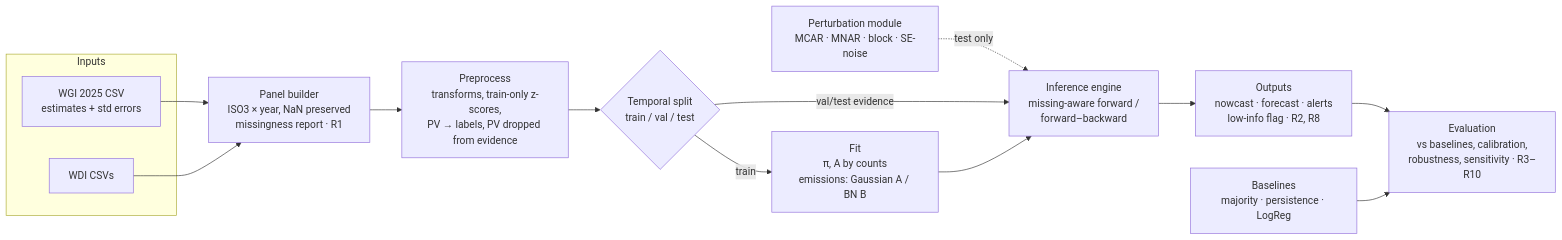
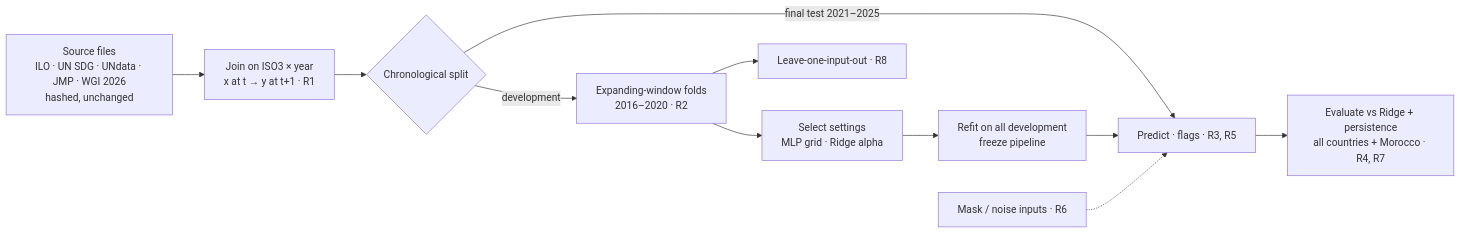
One commit to colin-railey/AI380_final_project changed the diagram in docs/01_IPR1_Proposal.md. Above: the diagram before and after it, drawn with Mermaid. The commit also changed other lines of this file, not shown here.

````diff
--- a/docs/01_IPR1_Proposal.md
+++ b/docs/01_IPR1_Proposal.md
@@ -191,18 +143,13 @@
 ```mermaid
 flowchart LR
-  subgraph Inputs
-    WGI[WGI 2025 CSV<br/>estimates + std errors]
-    WDI[WDI CSVs]
-  end
-  WGI --> P[Panel builder<br/>ISO3 × year, NaN preserved<br/>missingness report · R1]
-  WDI --> P
-  P --> PRE[Preprocess<br/>transforms, train-only z-scores,<br/>PV → labels, PV dropped from evidence]
-  PRE --> SPLIT{Temporal split<br/>train / val / test}
-  SPLIT -->|train| FIT[Fit<br/>π, A by counts<br/>emissions: Gaussian A / BN B]
-  PERT[Perturbation module<br/>MCAR · MNAR · block · SE-noise] -.->|test only| INF
-  SPLIT -->|val/test evidence| INF[Inference engine<br/>missing-aware forward /<br/>forward–backward]
-  FIT --> INF
-  INF --> OUT[Outputs<br/>nowcast · forecast · alerts<br/>low-info flag · R2, R8]
-  OUT --> EVAL[Evaluation<br/>vs baselines, calibration,<br/>robustness, sensitivity · R3–R10]
-  BASE[Baselines<br/>majority · persistence · LogReg] --> EVAL
+  S[Source files<br/>ILO · UN SDG · UNdata · JMP · WGI 2026<br/>hashed, unchanged] --> J[Join on ISO3 × year<br/>x at t → y at t+1 · R1]
+  J --> SP{Chronological split}
+  SP -->|development| CV[Expanding-window folds<br/>2016–2020 · R2]
+  CV --> SEL[Select settings<br/>MLP grid · Ridge alpha]
+  SEL --> FIT[Refit on all development<br/>freeze pipeline]
+  SP -->|final test 2021–2025| PRED[Predict · flags · R3, R5]
+  FIT --> PRED
+  PERT[Mask / noise inputs · R6] -.-> PRED
+  PRED --> EV[Evaluate vs Ridge + persistence<br/>all countries + Morocco · R4, R7]
+  CV --> ABL[Leave-one-input-out · R8]
 ```
````
